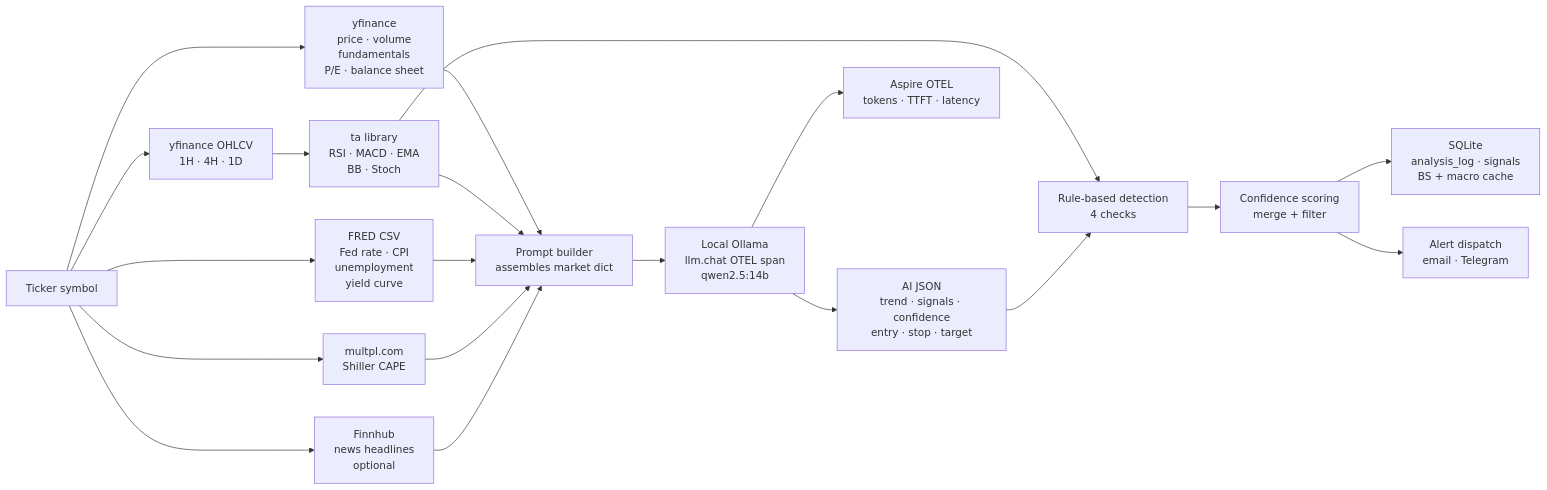
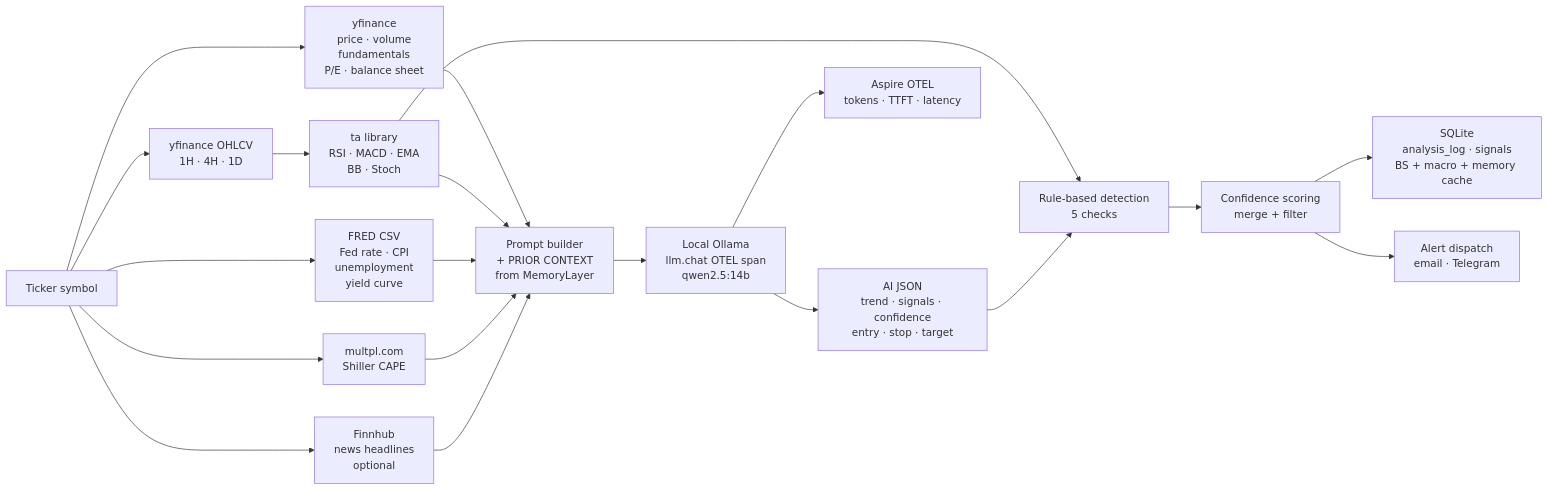
Before and after one commit to AlexandrosPlessias/offgrid-trader: the second of 2 diagrams in docs/wiki/architecture.md, drawn with Mermaid. The commit also changed other lines of this file and 49 other files, not shown here.

First line of the commit message:
Agentic architecture — skills, TickerAgent, Orchestrator, memory (backlog 3b) (#10)

````diff
--- a/docs/wiki/architecture.md
+++ b/docs/wiki/architecture.md
@@ -11,17 +34,17 @@
 ```mermaid
 flowchart LR
     A[Ticker symbol] --> B[yfinance\nprice · volume\nfundamentals\nP/E · balance sheet]
     A --> C[yfinance OHLCV\n1H · 4H · 1D]
     C --> D[ta library\nRSI · MACD · EMA\nBB · Stoch]
     A --> E2[FRED CSV\nFed rate · CPI\nunemployment\nyield curve]
     A --> E3[multpl.com\nShiller CAPE]
     A --> F2[Finnhub\nnews headlines\noptional]
-    B & D & E2 & E3 & F2 --> E[Prompt builder\nassembles market dict]
+    B & D & E2 & E3 & F2 --> E[Prompt builder\n+ PRIOR CONTEXT\nfrom MemoryLayer]
     E --> F[Local Ollama\nllm.chat OTEL span\nqwen2.5:14b]
     F --> G[AI JSON\ntrend · signals · confidence\nentry · stop · target]
-    D & G --> H[Rule-based detection\n4 checks]
+    D & G --> H[Rule-based detection\n5 checks]
     H --> I[Confidence scoring\nmerge + filter]
-    I --> J[SQLite\nanalysis_log · signals\nBS + macro cache]
+    I --> J[SQLite\nanalysis_log · signals\nBS + macro + memory cache]
     I --> K[Alert dispatch\nemail · Telegram]
     F --> L[Aspire OTEL\ntokens · TTFT · latency]
 ```
````
